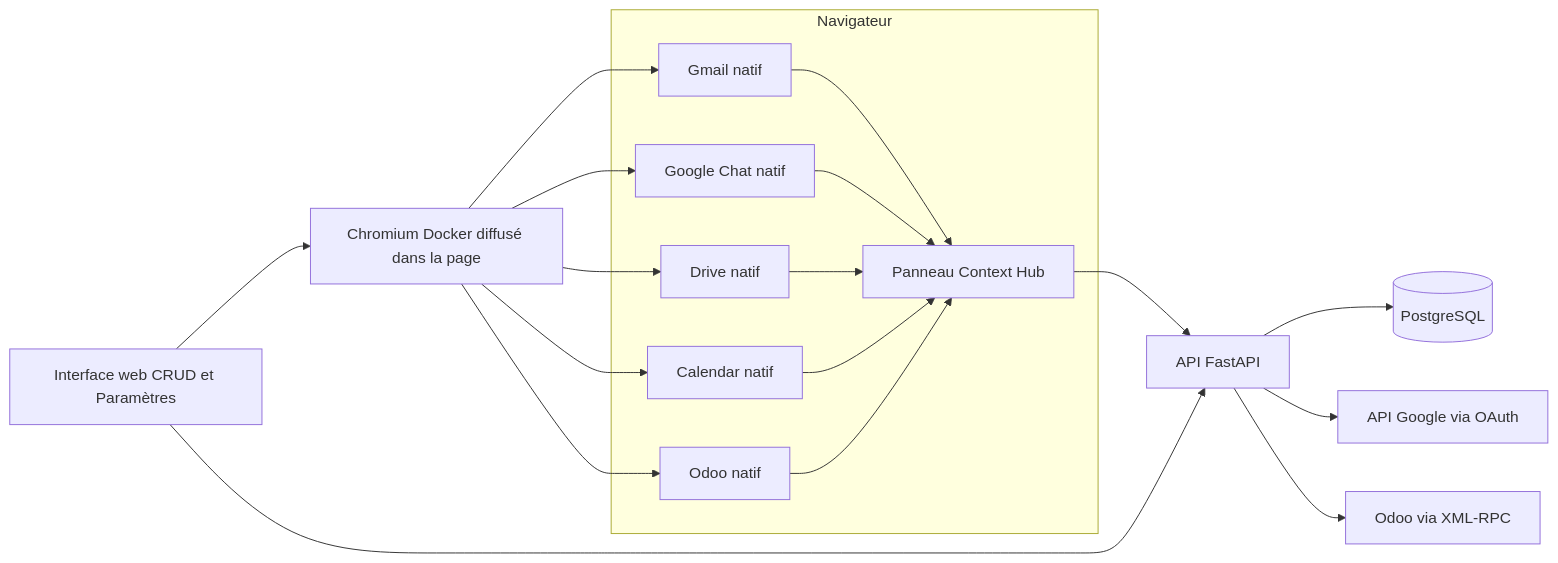
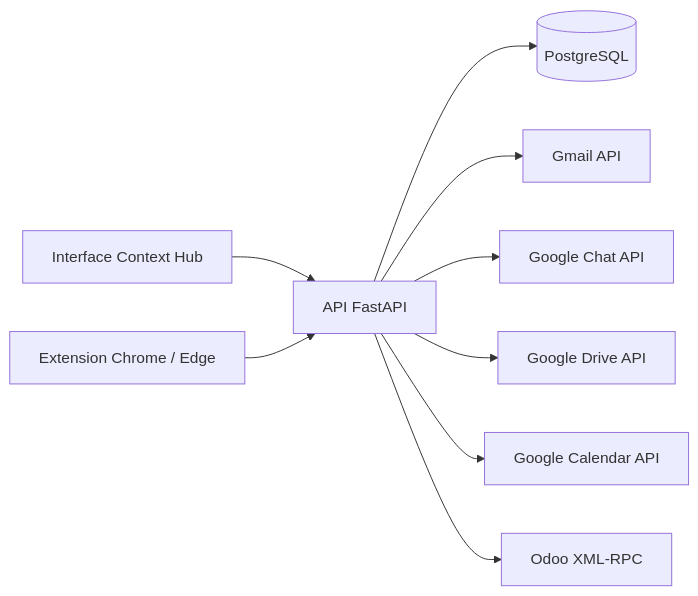
One commit to Abdoulaye-Mbodj/context-hub changed the diagram in docs/ARCHITECTURE.md. Above: the diagram before and after it, drawn with Mermaid. The commit also changed other lines of this file and 21 other files, not shown here.

````diff
--- a/docs/ARCHITECTURE.md
+++ b/docs/ARCHITECTURE.md
@@ -12,28 +9,11 @@
 ```mermaid
 flowchart LR
-  subgraph Navigateur
-    Gmail[Gmail natif]
-    Chat[Google Chat natif]
-    Drive[Drive natif]
-    Calendar[Calendar natif]
-    Odoo[Odoo natif]
-    SidePanel[Panneau Context Hub]
-  end
-
-  Gmail --> SidePanel
-  Chat --> SidePanel
-  Drive --> SidePanel
-  Calendar --> SidePanel
-  Odoo --> SidePanel
-  SidePanel --> API[API FastAPI]
-  Web[Interface web CRUD et Paramètres] --> API
+  Web[Interface Context Hub] --> API[API FastAPI]
+  Extension[Extension Chrome / Edge] --> API
   API --> DB[(PostgreSQL)]
-  API --> Google[API Google via OAuth]
-  API --> OdooAPI[Odoo via XML-RPC]
-  Web --> RemoteBrowser[Chromium Docker diffusé dans la page]
-  RemoteBrowser --> Gmail
-  RemoteBrowser --> Chat
-  RemoteBrowser --> Drive
-  RemoteBrowser --> Calendar
-  RemoteBrowser --> Odoo
+  API --> Gmail[Gmail API]
+  API --> Chat[Google Chat API]
+  API --> Drive[Google Drive API]
+  API --> Calendar[Google Calendar API]
+  API --> Odoo[Odoo XML-RPC]
 ```
````
